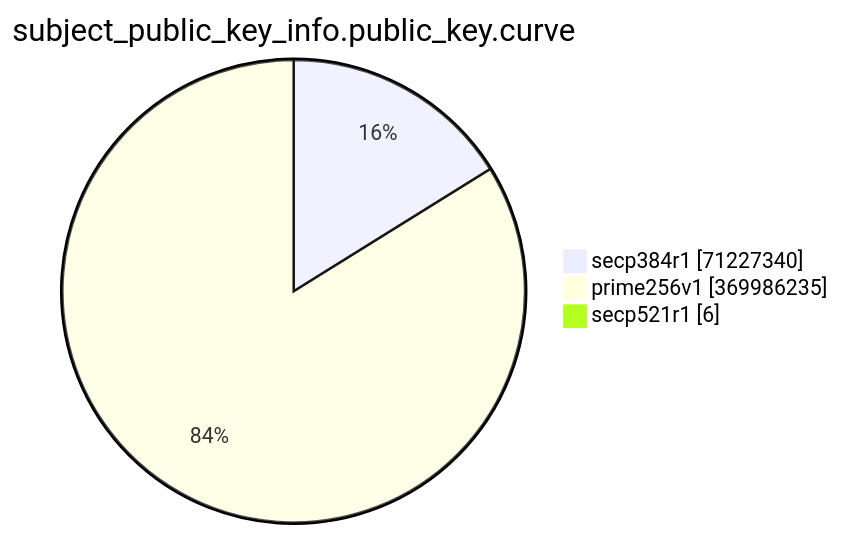
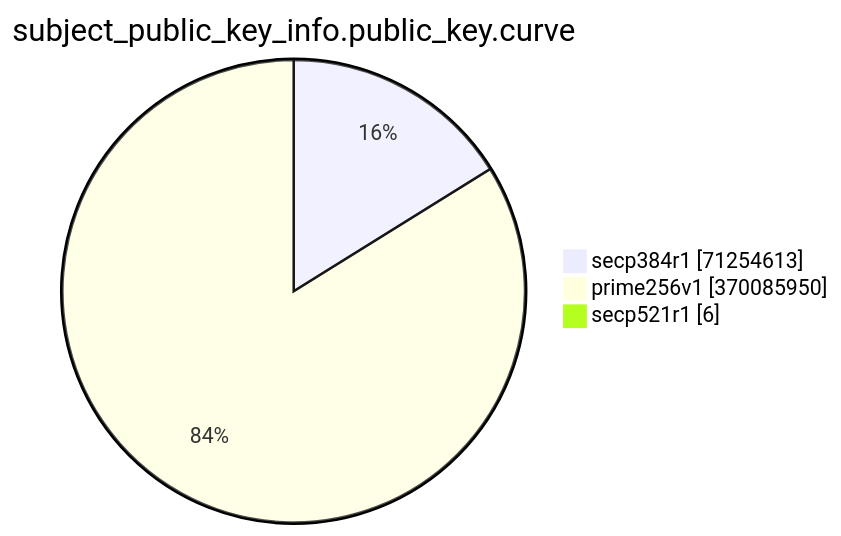
One commit to christiankrug/ctmonitor_visualization changed the eighth of 15 diagrams in TOTAL/README.md. Above: the diagram before and after it, drawn with Mermaid. The commit also changed other lines of this file, not shown here.

````diff
--- a/TOTAL/README.md
+++ b/TOTAL/README.md
@@ -3094,7 +3094,7 @@
 ```mermaid
 pie showData
 title subject_public_key_info.public_key.curve
-"secp384r1" :71227340
-"prime256v1" :369986235
+"secp384r1" :71254613
+"prime256v1" :370085950
 "secp521r1" :6
 ```
````
